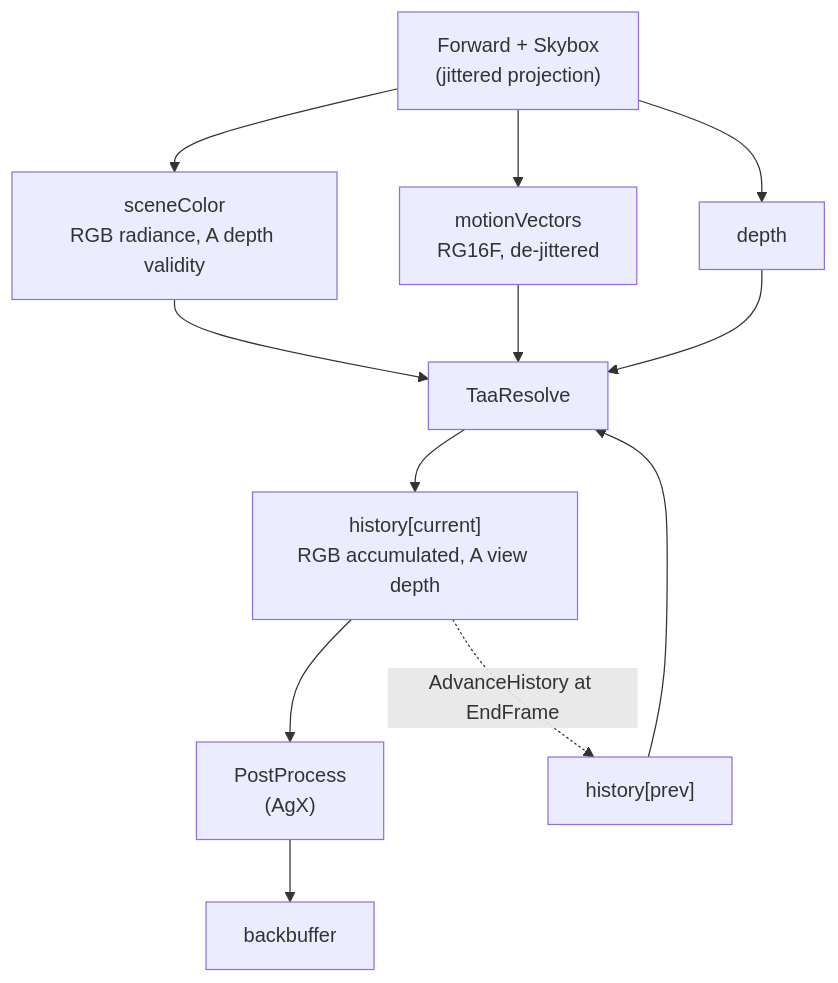
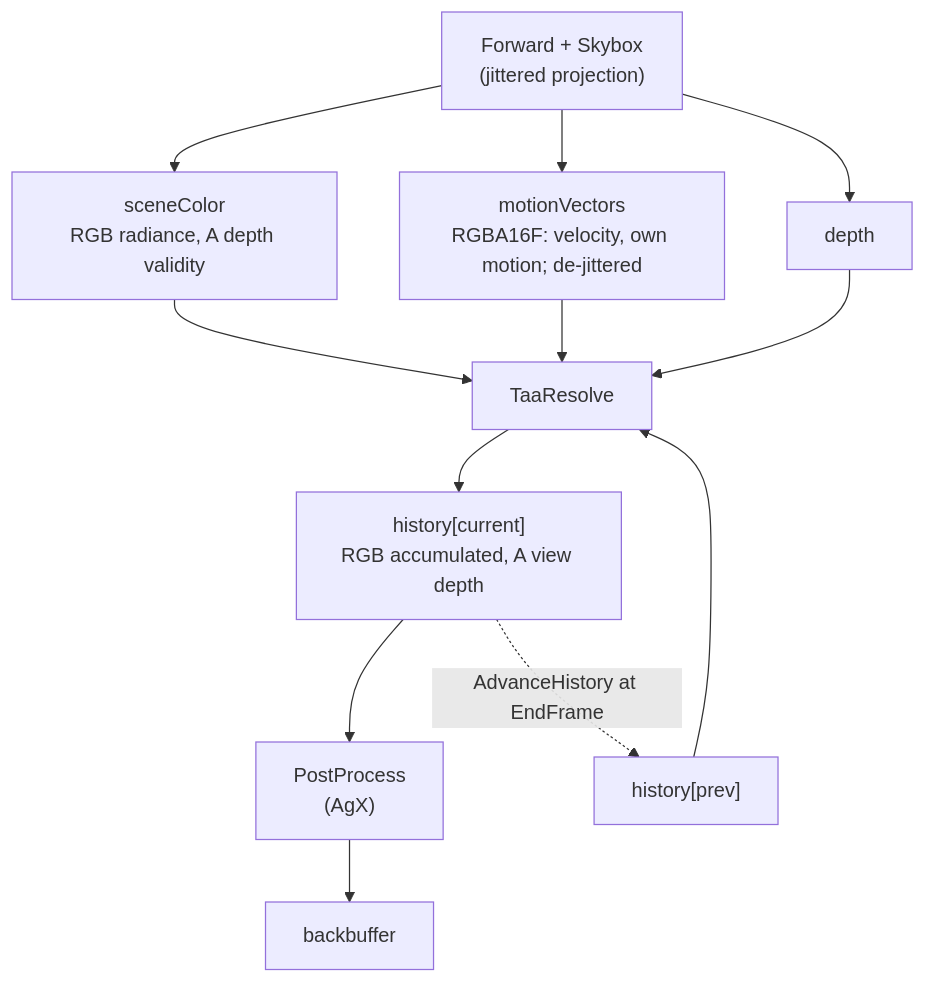
One commit to alexjiang200407/bernini changed the diagram in docs/taa.md. Above: the diagram before and after it, drawn with Mermaid. The commit also changed 11 other files, not shown here.

First line of the commit message:
feat(bgl_extended): the velocity buffer carries each surface's own motion

````diff
--- a/docs/taa.md
+++ b/docs/taa.md
@@ -291,17 +291,17 @@
 ```mermaid
 flowchart TD
     FWD["Forward + Skybox<br/>(jittered projection)"] --> SC["sceneColor<br/>RGB radiance, A depth validity"]
-    FWD --> MV["motionVectors<br/>RG16F, de-jittered"]
+    FWD --> MV["motionVectors<br/>RGBA16F: velocity, own motion; de-jittered"]
     FWD --> D["depth"]
 
     SC --> RES["TaaResolve"]
     MV --> RES
     D --> RES
     HPREV["history[prev]"] --> RES
     RES --> HCUR["history[current]<br/>RGB accumulated, A view depth"]
 
     HCUR --> PP["PostProcess<br/>(AgX)"]
     PP --> BB["backbuffer"]
 
     HCUR -. "AdvanceHistory at EndFrame" .-> HPREV
 ```
````
